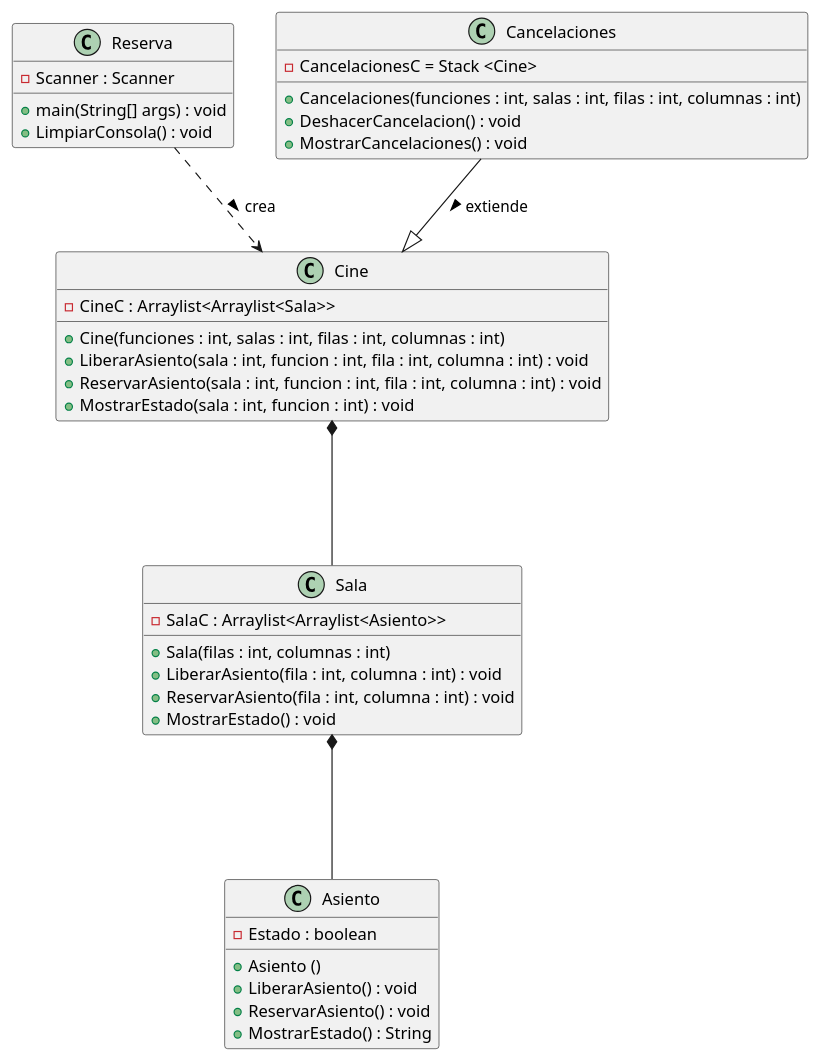
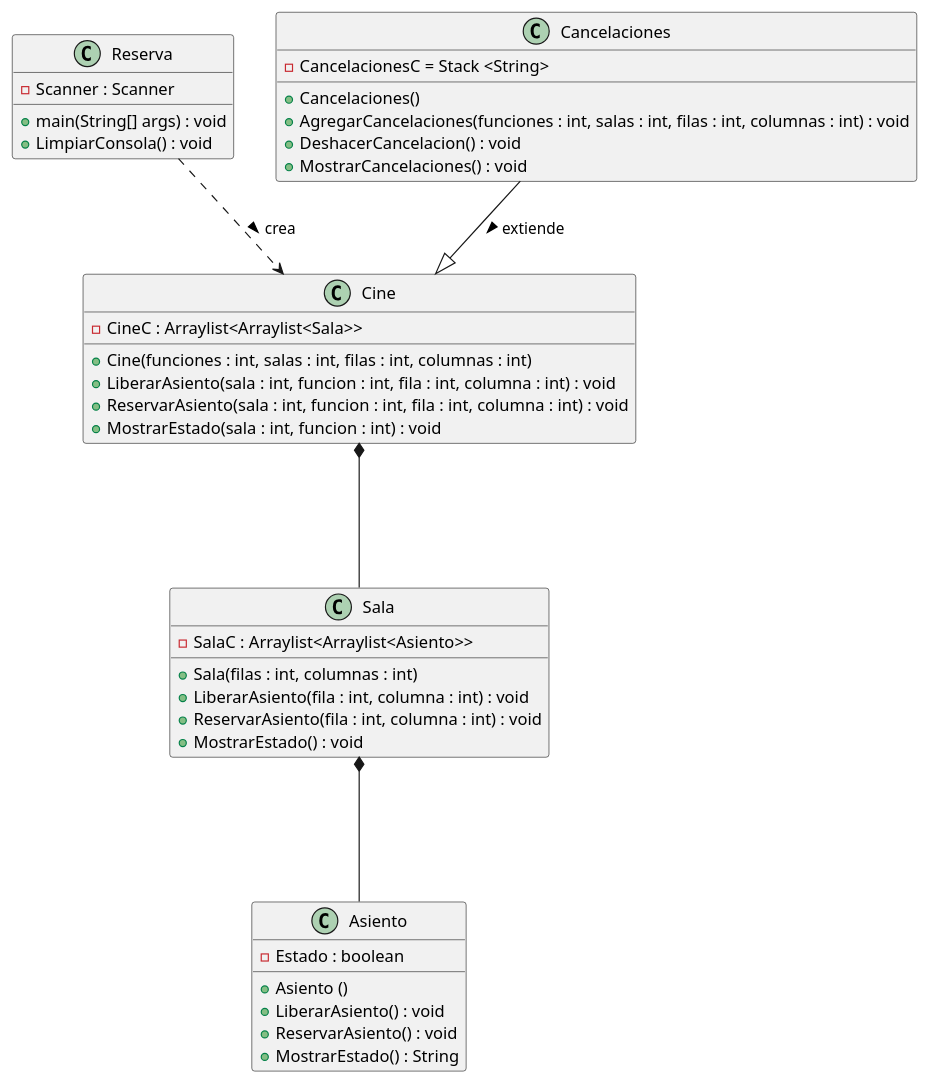
One commit to Kuripipeer/PR_Sistema_de_reservas_cine changed the diagram in bin/Diagrama_Cine.puml. Above: the diagram before and after it, drawn with PlantUML. The commit also changed 7 other files, not shown here.

```diff
--- a/bin/Diagrama_Cine.puml
+++ b/bin/Diagrama_Cine.puml
@@ -1,46 +1,47 @@
 @startuml Sistema de reservas para cine
 
 class Asiento {
 
     - Estado : boolean
     + Asiento ()
     + LiberarAsiento() : void
     + ReservarAsiento() : void
     + MostrarEstado() : String
 }
 
 class Sala{
     - SalaC : Arraylist<Arraylist<Asiento>>
     + Sala(filas : int, columnas : int)
     + LiberarAsiento(fila : int, columna : int) : void
     + ReservarAsiento(fila : int, columna : int) : void
     + MostrarEstado() : void
 }
 
 class Cine{
     - CineC : Arraylist<Arraylist<Sala>>
     + Cine(funciones : int, salas : int, filas : int, columnas : int)
     + LiberarAsiento(sala : int, funcion : int, fila : int, columna : int) : void
     + ReservarAsiento(sala : int, funcion : int, fila : int, columna : int) : void
     + MostrarEstado(sala : int, funcion : int) : void
 }
 
 class Reserva {
     - Scanner : Scanner
     + main(String[] args) : void
     + LimpiarConsola() : void
 }
 
 class Cancelaciones{
-    - CancelacionesC = Stack <Cine>
-    + Cancelaciones(funciones : int, salas : int, filas : int, columnas : int)
+    - CancelacionesC = Stack <String>
+    + Cancelaciones()
+    + AgregarCancelaciones(funciones : int, salas : int, filas : int, columnas : int) : void
     + DeshacerCancelacion() : void
     + MostrarCancelaciones() : void
 }
 
 Cine *--- Sala
 Sala *--- Asiento
 Reserva ..> Cine : crea >
 Cancelaciones --|> Cine : extiende >
 
 @enduml
```
